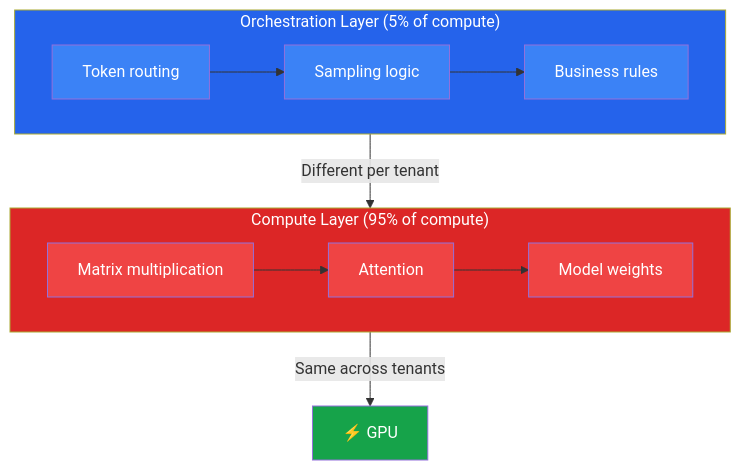
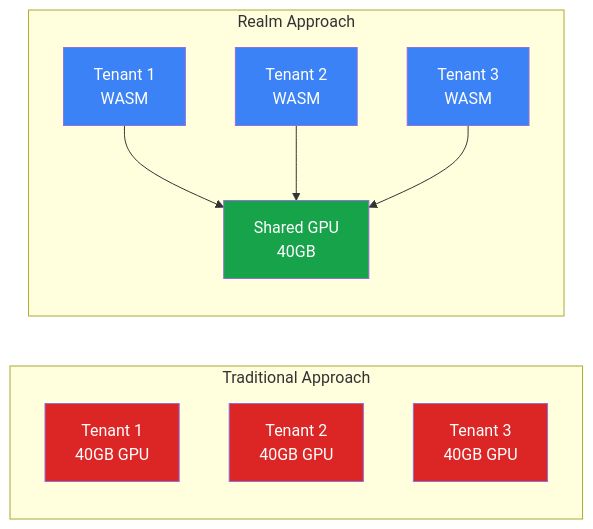
The first of 5 diagrams in README.md (Querent-ai/realm), drawn with Mermaid before and after one commit. The commit also changed other lines of this file, not shown here.

````diff
--- a/README.md
+++ b/README.md
@@ -31,27 +28,26 @@
 ```mermaid
-graph TB
-    subgraph Orchestration["Orchestration Layer (5% of compute)"]
-        direction LR
-        A[Token routing] --> B[Sampling logic]
-        B --> C[Business rules]
-        style Orchestration fill:#2563eb,color:#fff
-        style A fill:#3b82f6,color:#fff
-        style B fill:#3b82f6,color:#fff
-        style C fill:#3b82f6,color:#fff
+graph LR
+    subgraph Problem["Traditional Approach"]
+        T1["Tenant 1<br/>40GB GPU"] 
+        T2["Tenant 2<br/>40GB GPU"]
+        T3["Tenant 3<br/>40GB GPU"]
+        style T1 fill:#dc2626,color:#fff
+        style T2 fill:#dc2626,color:#fff
+        style T3 fill:#dc2626,color:#fff
     end
     
-    subgraph Compute["Compute Layer (95% of compute)"]
-        direction LR
-        D[Matrix multiplication] --> E[Attention]
-        E --> F[Model weights]
-        style Compute fill:#dc2626,color:#fff
-        style D fill:#ef4444,color:#fff
-        style E fill:#ef4444,color:#fff
-        style F fill:#ef4444,color:#fff
+    subgraph Solution["Realm Approach"]
+        R1["Tenant 1<br/>WASM"]
+        R2["Tenant 2<br/>WASM"]
+        R3["Tenant 3<br/>WASM"]
+        SHARED["Shared GPU<br/>40GB"]
+        style R1 fill:#3b82f6,color:#fff
+        style R2 fill:#3b82f6,color:#fff
+        style R3 fill:#3b82f6,color:#fff
+        style SHARED fill:#16a34a,color:#fff
     end
     
-    Orchestration -->|Different per tenant| Compute
-    Compute -->|Same across tenants| GPU["⚡ GPU"]
-    
-    style GPU fill:#16a34a,color:#fff
+    R1 --> SHARED
+    R2 --> SHARED
+    R3 --> SHARED
 ```
````
